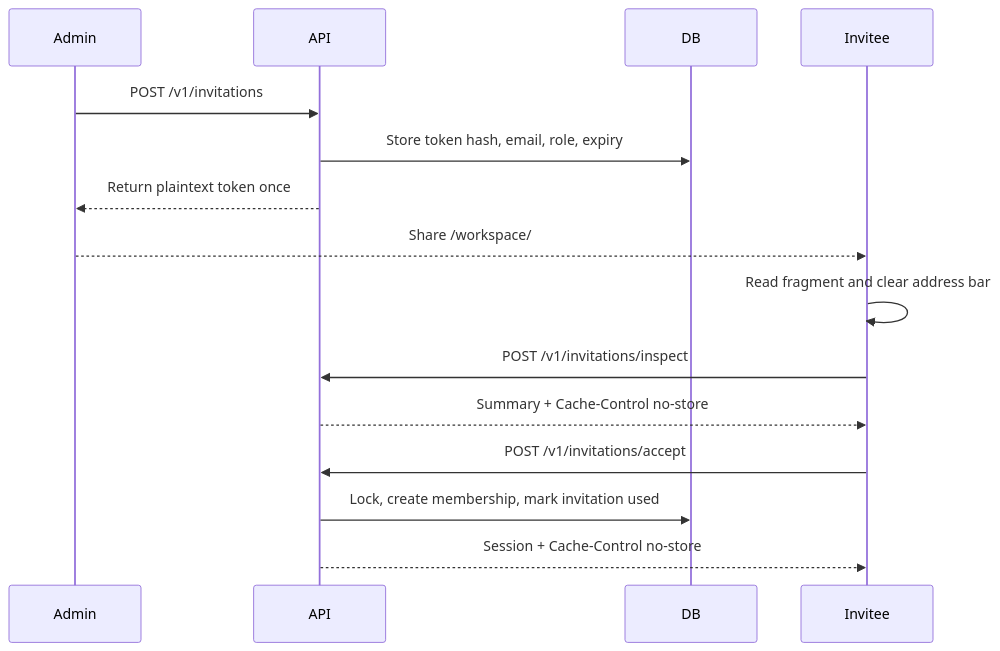
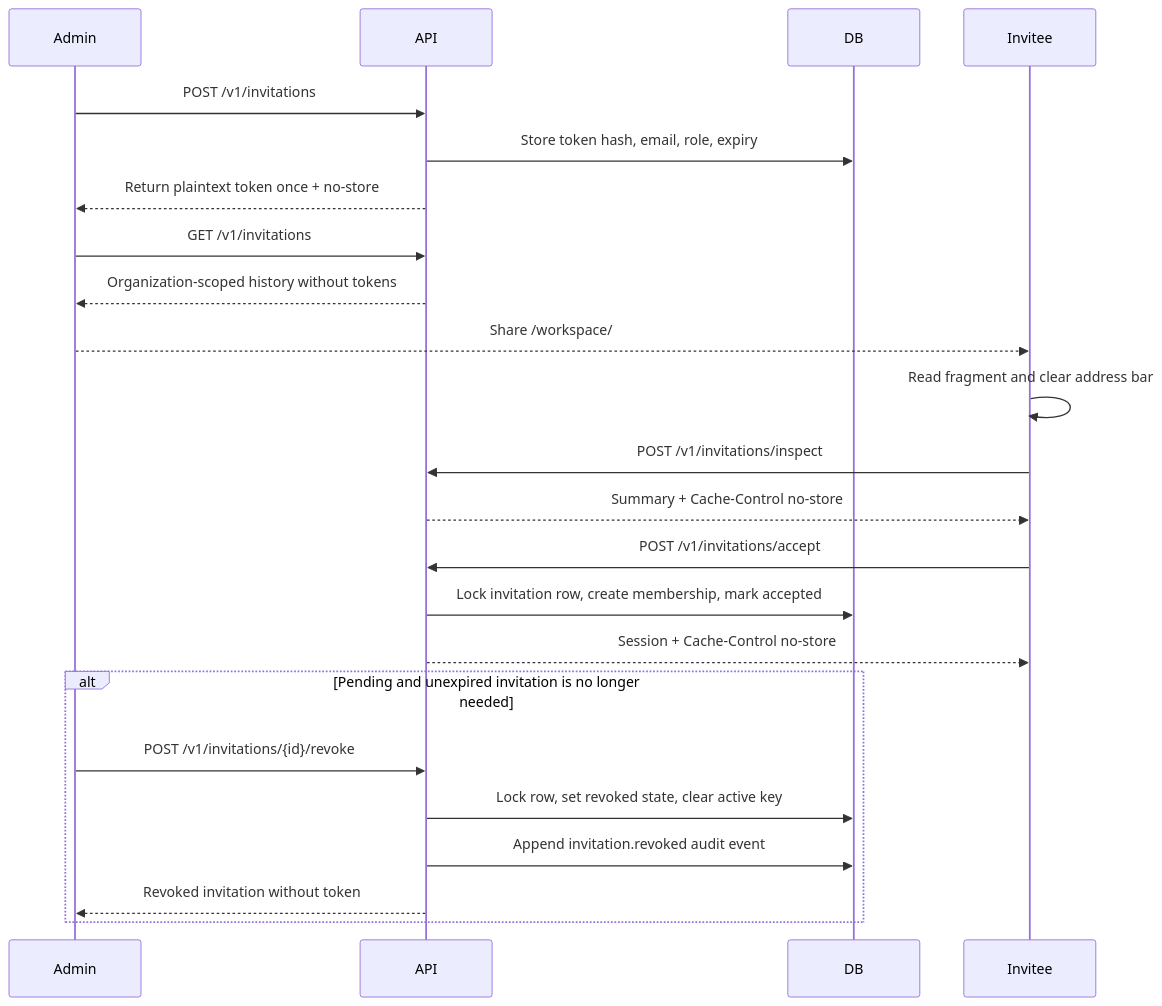
The second of 2 diagrams in docs/architecture.md (KayZhongyi/heyu-ai), drawn with Mermaid before and after one commit. The commit also changed other lines of this file and 19 other files, not shown here.

````diff
--- a/docs/architecture.md
+++ b/docs/architecture.md
@@ -98,18 +98,27 @@
 ```mermaid
 sequenceDiagram
   participant Admin
   participant API
   participant DB
   participant Invitee
 
   Admin->>API: POST /v1/invitations
   API->>DB: Store token hash, email, role, expiry
-  API-->>Admin: Return plaintext token once
+  API-->>Admin: Return plaintext token once + no-store
+  Admin->>API: GET /v1/invitations
+  API-->>Admin: Organization-scoped history without tokens
   Admin-->>Invitee: Share /workspace/#invite=TOKEN
   Invitee->>Invitee: Read fragment and clear address bar
   Invitee->>API: POST /v1/invitations/inspect
   API-->>Invitee: Summary + Cache-Control no-store
   Invitee->>API: POST /v1/invitations/accept
-  API->>DB: Lock, create membership, mark invitation used
+  API->>DB: Lock invitation row, create membership, mark accepted
   API-->>Invitee: Session + Cache-Control no-store
+
+  alt Pending and unexpired invitation is no longer needed
+    Admin->>API: POST /v1/invitations/{id}/revoke
+    API->>DB: Lock row, set revoked state, clear active key
+    API->>DB: Append invitation.revoked audit event
+    API-->>Admin: Revoked invitation without token
+  end
 ```
````
